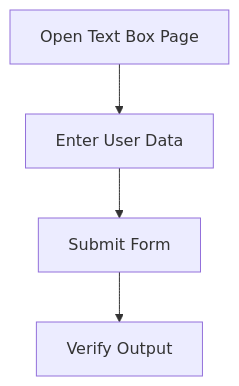
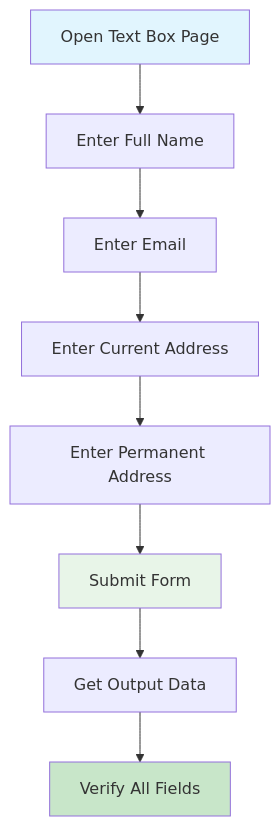
One commit to ravikukreja87/SpringBootTestAutomationFramework changed diagram 13 of 23 in README.md. Above: the diagram before and after it, drawn with Mermaid. The commit also changed other lines of this file, not shown here.

````diff
--- a/README.md
+++ b/README.md
@@ -170,6 +604,14 @@
   ```mermaid
   graph TD
-    A[Open Text Box Page] --> B[Enter User Data]
-    B --> C[Submit Form]
-    C --> D[Verify Output]
+    A[Open Text Box Page] --> B[Enter Full Name]
+    B --> C[Enter Email]
+    C --> D[Enter Current Address]
+    D --> E[Enter Permanent Address]
+    E --> F[Submit Form]
+    F --> G[Get Output Data]
+    G --> H[Verify All Fields]
+    
+    style A fill:#e1f5fe
+    style F fill:#e8f5e8
+    style H fill:#c8e6c9
   ```
````
